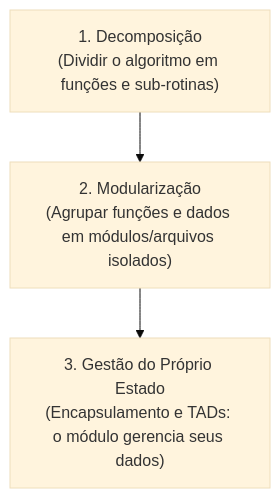
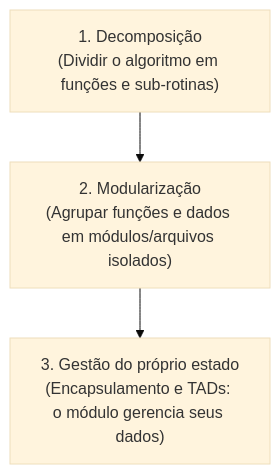
One commit to leorruas/puc changed the first of 3 diagrams in 01. Programacao Modular/01. Introdução à programação modular.md. Above: the diagram before and after it, drawn with Mermaid (base theme). The commit also changed other lines of this file and 28 other files, not shown here.

Commit message:
refactor(mermaid): padroniza todos os 62 blocos legados de graph TD para flowchart TD com curve linear e alinhamento ortogonal reto em todo o vault

````diff
--- a/01. Programacao Modular/01. Introdução à programação modular.md
+++ b/01. Programacao Modular/01. Introdução à programação modular.md
@@ -74,5 +74,9 @@
 ```mermaid
-graph TD
-    A["1. Decomposição<br>(Dividir o algoritmo em funções e sub-rotinas)"] --> B["2. Modularização<br>(Agrupar funções e dados em módulos/arquivos isolados)"]
-    B --> C["3. Gestão do Próprio Estado<br>(Encapsulamento e TADs: o módulo gerencia seus dados)"]
+flowchart TD
+    A["1. Decomposição<br>(Dividir o algoritmo em funções e sub-rotinas)"]
+    B["2. Modularização<br>(Agrupar funções e dados em módulos/arquivos isolados)"]
+    C["3. Gestão do próprio estado<br>(Encapsulamento e TADs: o módulo gerencia seus dados)"]
+
+    A --> B
+    B --> C
 ```
````
